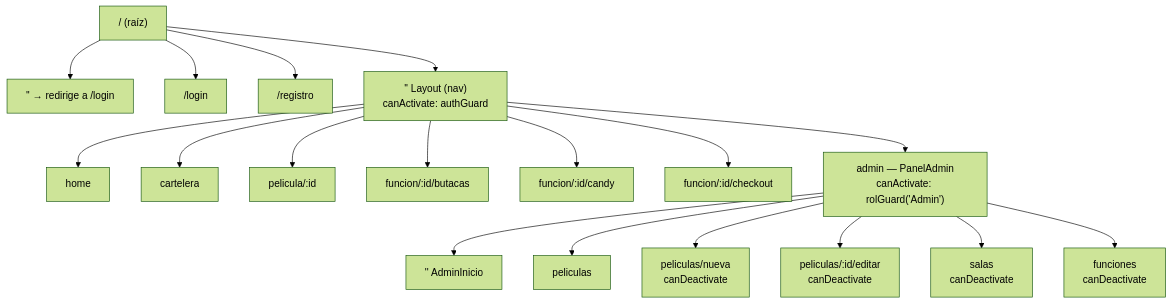
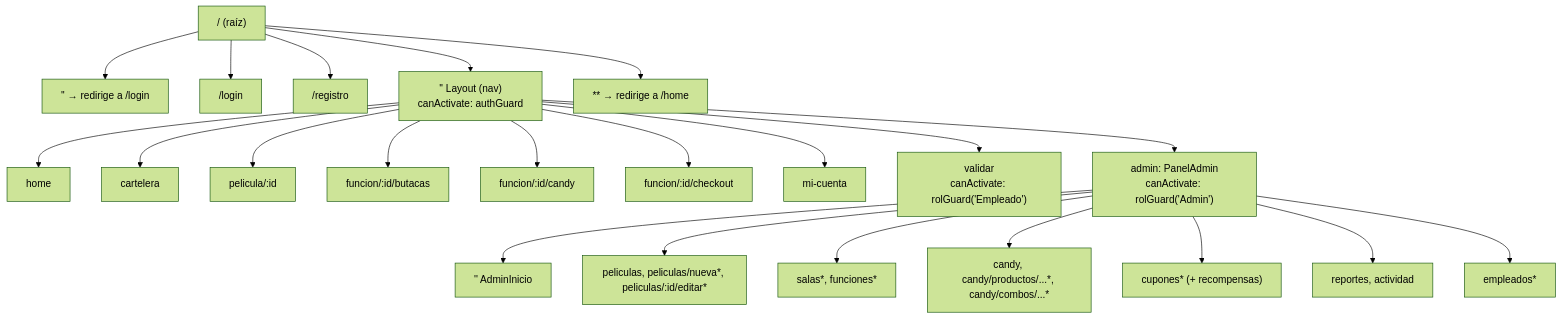
Before and after one commit to EmilianoCenturion/TP1-Progra-IV-Cinepop: the third of 11 diagrams in ARQUITECTURA.md, drawn with Mermaid (forest theme). The commit also changed other lines of this file and 1 other file, not shown here.

````diff
--- a/ARQUITECTURA.md
+++ b/ARQUITECTURA.md
@@ -147,22 +175,26 @@
 ```mermaid
 flowchart TD
     ROOT["/ (raíz)"] --> R0["'' → redirige a /login"]
     ROOT --> LOGIN["/login"]
     ROOT --> REG["/registro"]
     ROOT --> LAY["'' Layout (nav)<br/>canActivate: authGuard"]
+    ROOT --> COM["** → redirige a /home"]
 
     LAY --> HOME[home]
     LAY --> CART[cartelera]
     LAY --> PEL["pelicula/:id"]
     LAY --> BUT["funcion/:id/butacas"]
     LAY --> CAN["funcion/:id/candy"]
     LAY --> CHK["funcion/:id/checkout"]
-    LAY --> ADM["admin — PanelAdmin<br/>canActivate: rolGuard('Admin')"]
+    LAY --> MC["mi-cuenta"]
+    LAY --> VAL["validar<br/>canActivate: rolGuard('Empleado')"]
+    LAY --> ADM["admin: PanelAdmin<br/>canActivate: rolGuard('Admin')"]
 
     ADM --> AI["'' AdminInicio"]
-    ADM --> AP[peliculas]
-    ADM --> APN["peliculas/nueva<br/>canDeactivate"]
-    ADM --> APE["peliculas/:id/editar<br/>canDeactivate"]
-    ADM --> AS["salas<br/>canDeactivate"]
-    ADM --> AF["funciones<br/>canDeactivate"]
+    ADM --> AP["peliculas, peliculas/nueva*, peliculas/:id/editar*"]
+    ADM --> AS["salas*, funciones*"]
+    ADM --> AC["candy, candy/productos/...*, candy/combos/...*"]
+    ADM --> ACU["cupones* (+ recompensas)"]
+    ADM --> AR["reportes, actividad"]
+    ADM --> AE["empleados*"]
 ```
````
